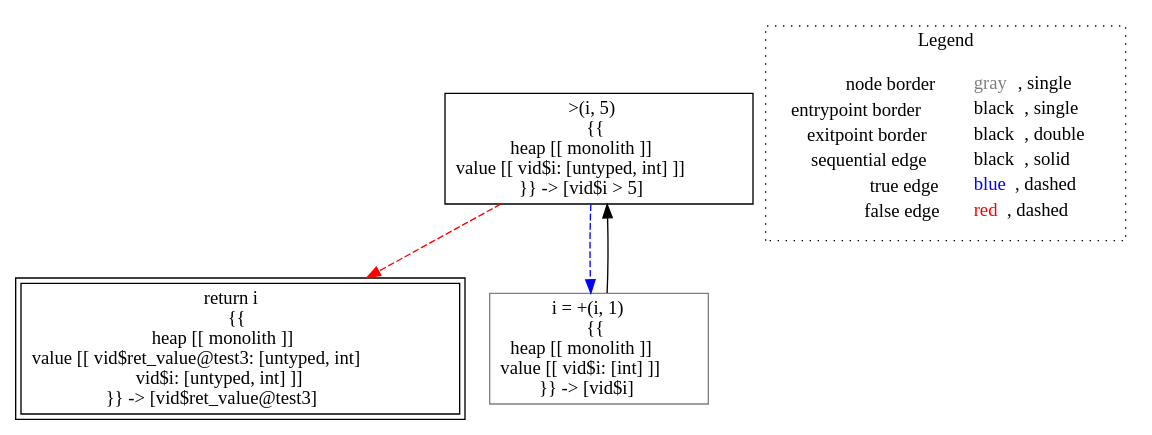
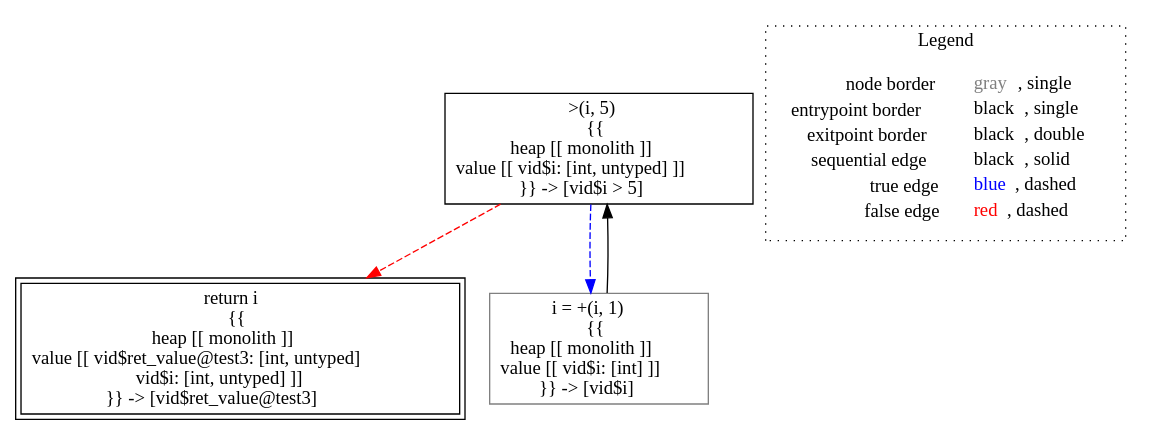
The diagram in lisa/imp-testcases/type-inference/typing___untyped_test3(untyped_i).dot (lisa-analyzer/lisa), drawn with Graphviz before and after one commit. The commit also changed 3 other files, not shown here.

```diff
--- a/lisa/imp-testcases/type-inference/typing___untyped_test3(untyped_i).dot
+++ b/lisa/imp-testcases/type-inference/typing___untyped_test3(untyped_i).dot
@@ -1,15 +1,15 @@
 digraph {
-	"node0" [shape="rect",color="black",label=<&gt;(i, 5)<BR/>{{<BR/>heap [[ monolith ]]<BR/>value [[ vid$i: [untyped, int] ]]<BR/>}} -&gt; [vid$i &gt; 5]>];
-	"node1" [shape="rect",color="black",peripheries="2",label=<return i<BR/>{{<BR/>heap [[ monolith ]]<BR/>value [[ vid$ret_value@test3: [untyped, int]<BR/>vid$i: [untyped, int] ]]<BR/>}} -&gt; [vid$ret_value@test3]>];
+	"node0" [shape="rect",color="black",label=<&gt;(i, 5)<BR/>{{<BR/>heap [[ monolith ]]<BR/>value [[ vid$i: [int, untyped] ]]<BR/>}} -&gt; [vid$i &gt; 5]>];
+	"node1" [shape="rect",color="black",peripheries="2",label=<return i<BR/>{{<BR/>heap [[ monolith ]]<BR/>value [[ vid$ret_value@test3: [int, untyped]<BR/>vid$i: [int, untyped] ]]<BR/>}} -&gt; [vid$ret_value@test3]>];
 	"node2" [shape="rect",color="gray",label=<i = +(i, 1)<BR/>{{<BR/>heap [[ monolith ]]<BR/>value [[ vid$i: [int] ]]<BR/>}} -&gt; [vid$i]>];
+	"node2" -> "node0" [color="black"];
 	"node0" -> "node1" [color="red",style="dashed"];
 	"node0" -> "node2" [color="blue",style="dashed"];
-	"node2" -> "node0" [color="black"];
 subgraph cluster_legend {
 	label="Legend";
 	style=dotted;
 	node [shape=plaintext];
 	"legend" [label=<<table border="0" cellpadding="2" cellspacing="0" cellborder="0"><tr><td align="right">node border&nbsp;</td><td align="left"><font color="gray">gray</font>, single</td></tr><tr><td align="right">entrypoint border&nbsp;</td><td align="left"><font color="black">black</font>, single</td></tr><tr><td align="right">exitpoint border&nbsp;</td><td align="left"><font color="black">black</font>, double</td></tr><tr><td align="right">sequential edge&nbsp;</td><td align="left"><font color="black">black</font>, solid</td></tr><tr><td align="right">true edge&nbsp;</td><td align="left"><font color="blue">blue</font>, dashed</td></tr><tr><td align="right">false edge&nbsp;</td><td align="left"><font color="red">red</font>, dashed</td></tr></table>>];
 }
 
 }
```
